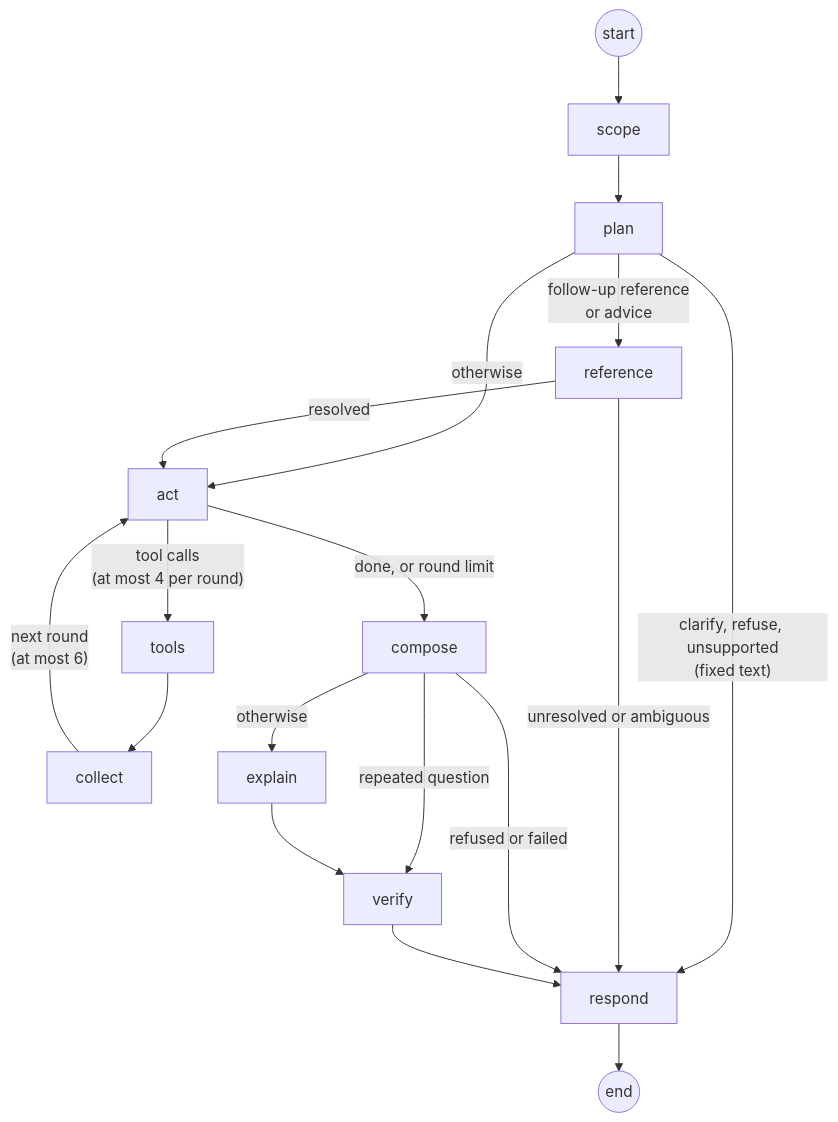
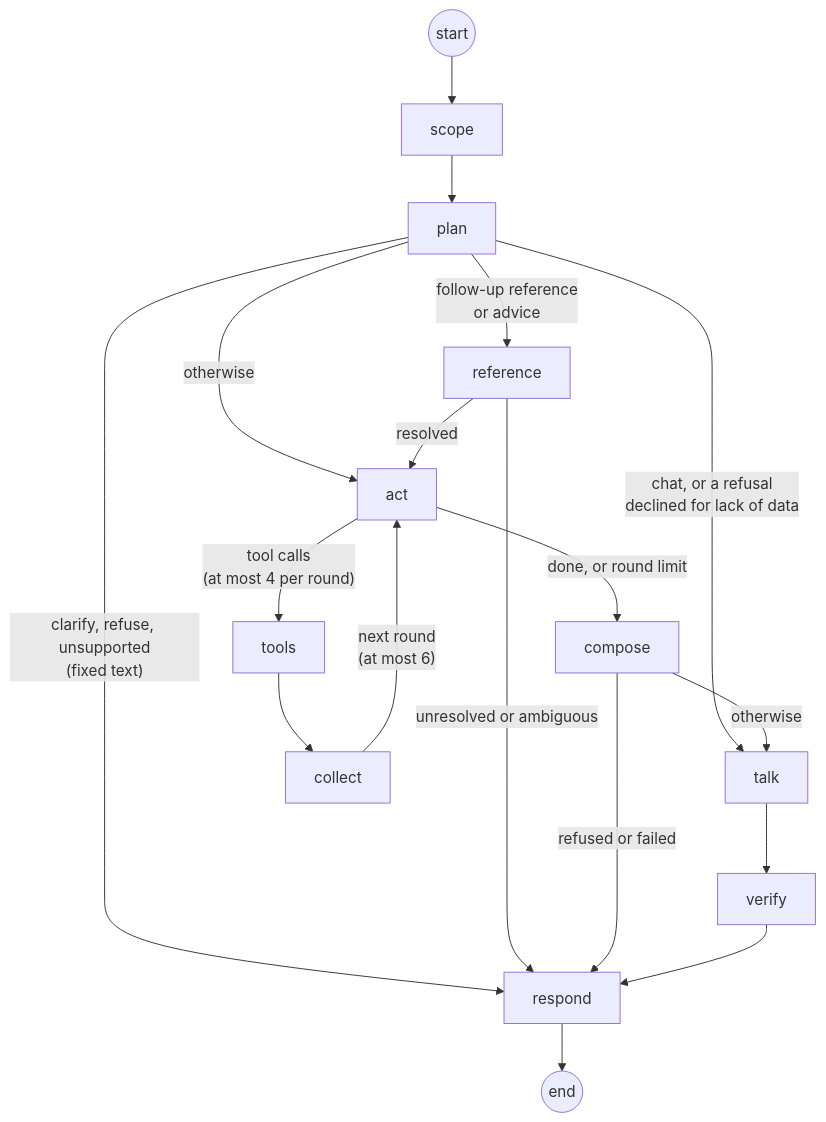
The second of 2 diagrams in README.md (PegasusA14/agentic-aI-fleet-copilot-), drawn with Mermaid before and after one commit. The commit also changed other lines of this file and 1 other file, not shown here.

Commit message:
docs: talk node, conversation memory, reply grounding and the conversation suite

````diff
--- a/README.md
+++ b/README.md
@@ -175,18 +176,18 @@
 ```mermaid
 flowchart TD
     BEGIN(("start")) --> scope --> plan
     plan -- "clarify, refuse, unsupported<br/>(fixed text)" --> respond
+    plan -- "chat, or a refusal<br/>declined for lack of data" --> talk
     plan -- "follow-up reference<br/>or advice" --> reference
     plan -- otherwise --> act
     reference -- "unresolved or ambiguous" --> respond
     reference -- resolved --> act
     act -- "tool calls<br/>(at most 4 per round)" --> tools
     tools --> collect
     collect -- "next round<br/>(at most 6)" --> act
     act -- "done, or round limit" --> compose
     compose -- "refused or failed" --> respond
-    compose -- "repeated question" --> verify
-    compose -- otherwise --> explain
-    explain --> verify --> respond
+    compose -- otherwise --> talk
+    talk --> verify --> respond
     respond --> DONE(("end"))
 ```
````
